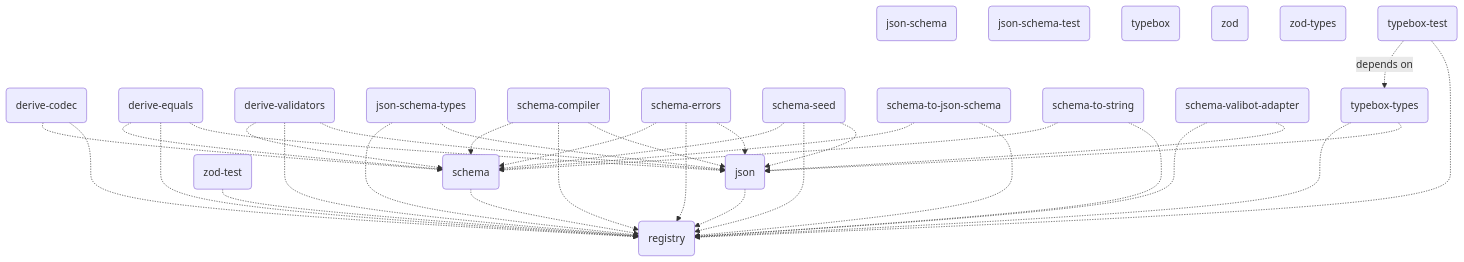
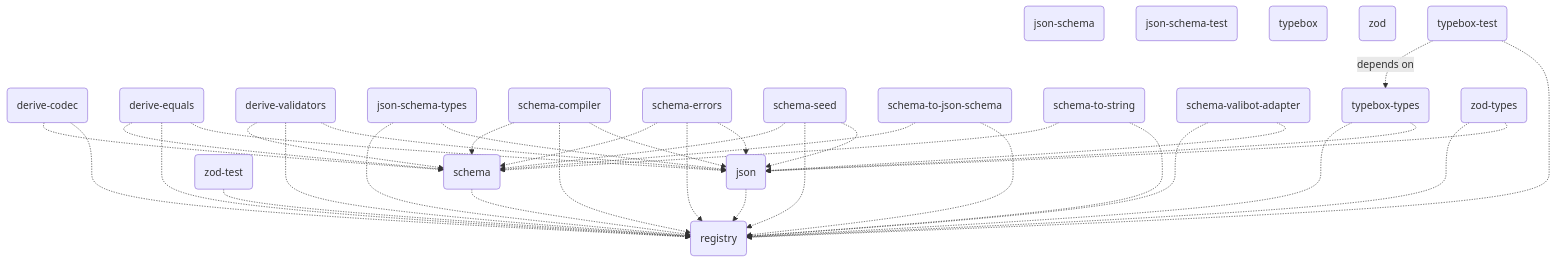
The diagram in README.md (traversable/schema), drawn with Mermaid before and after one commit. The commit also changed 4 other files, not shown here.

````diff
--- a/README.md
+++ b/README.md
@@ -497,41 +497,42 @@
 ```mermaid
 flowchart TD
     json-schema(json-schema)
     json-schema-test(json-schema-test)
     registry(registry)
     typebox(typebox)
     zod(zod)
-    zod-types(zod-types)
     json(json) -.-> registry(registry)
     schema(schema) -.-> registry(registry)
     zod-test(zod-test) -.-> registry(registry)
     derive-codec(derive-codec) -.-> registry(registry)
     derive-codec(derive-codec) -.-> schema(schema)
     derive-equals(derive-equals) -.-> json(json)
     derive-equals(derive-equals) -.-> registry(registry)
     derive-equals(derive-equals) -.-> schema(schema)
     derive-validators(derive-validators) -.-> json(json)
     derive-validators(derive-validators) -.-> registry(registry)
     derive-validators(derive-validators) -.-> schema(schema)
     json-schema-types(json-schema-types) -.-> json(json)
     json-schema-types(json-schema-types) -.-> registry(registry)
     schema-compiler(schema-compiler) -.-> json(json)
     schema-compiler(schema-compiler) -.-> registry(registry)
     schema-compiler(schema-compiler) -.-> schema(schema)
     schema-errors(schema-errors) -.-> json(json)
     schema-errors(schema-errors) -.-> registry(registry)
     schema-errors(schema-errors) -.-> schema(schema)
     schema-seed(schema-seed) -.-> json(json)
     schema-seed(schema-seed) -.-> registry(registry)
     schema-seed(schema-seed) -.-> schema(schema)
     schema-to-json-schema(schema-to-json-schema) -.-> registry(registry)
     schema-to-json-schema(schema-to-json-schema) -.-> schema(schema)
     schema-to-string(schema-to-string) -.-> registry(registry)
     schema-to-string(schema-to-string) -.-> schema(schema)
     schema-valibot-adapter(schema-valibot-adapter) -.-> json(json)
     schema-valibot-adapter(schema-valibot-adapter) -.-> registry(registry)
     typebox-types(typebox-types) -.-> json(json)
     typebox-types(typebox-types) -.-> registry(registry)
+    zod-types(zod-types) -.-> json(json)
+    zod-types(zod-types) -.-> registry(registry)
     typebox-test(typebox-test) -.-> registry(registry)
     typebox-test(typebox-test) -.depends on.-> typebox-types(typebox-types)
 ```
````
